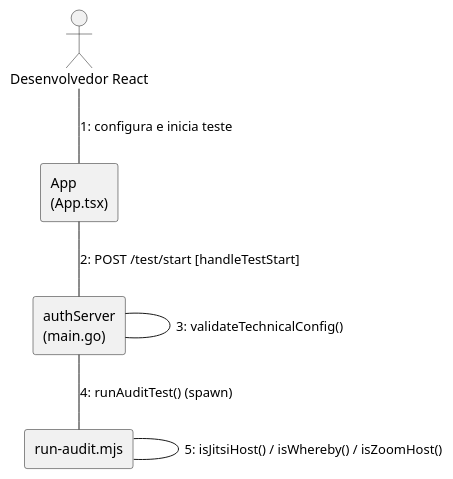
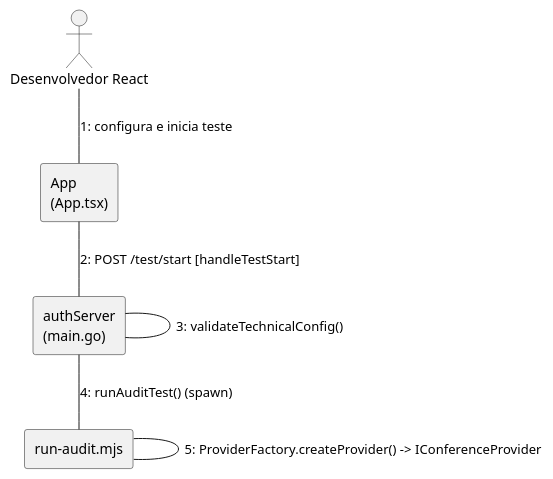
Before and after one commit to ICEI-PUC-Minas-PPLES-TI/plf-es-2025-2-tcci-0393100-dev-rafael-parreira: the diagram in Artefatos/DiagramaDeComunicacaoConfiguracaoEValidacao.puml, drawn with PlantUML. The commit also changed 9 other files, not shown here.

First line of the commit message:
docs(diagramas): atualiza arquitetura, componentes, implantação e comunicação para o sistema real

```diff
--- a/Artefatos/DiagramaDeComunicacaoConfiguracaoEValidacao.puml
+++ b/Artefatos/DiagramaDeComunicacaoConfiguracaoEValidacao.puml
@@ -1,16 +1,16 @@
 @startuml
 skinparam shadowing false
 skinparam nodesep 45
 skinparam ranksep 55
 
 actor "Desenvolvedor React" as Dev
 rectangle "App\n(App.tsx)" as App
 rectangle "authServer\n(main.go)" as Core
 rectangle "run-audit.mjs" as Runner
 
 Dev -- App : 1: configura e inicia teste
 App -- Core : 2: POST /test/start [handleTestStart]
 Core -- Core : 3: validateTechnicalConfig()
 Core -- Runner : 4: runAuditTest() (spawn)
-Runner -- Runner : 5: isJitsiHost() / isWhereby() / isZoomHost()
+Runner -- Runner : 5: ProviderFactory.createProvider() -> IConferenceProvider
 @enduml
```
